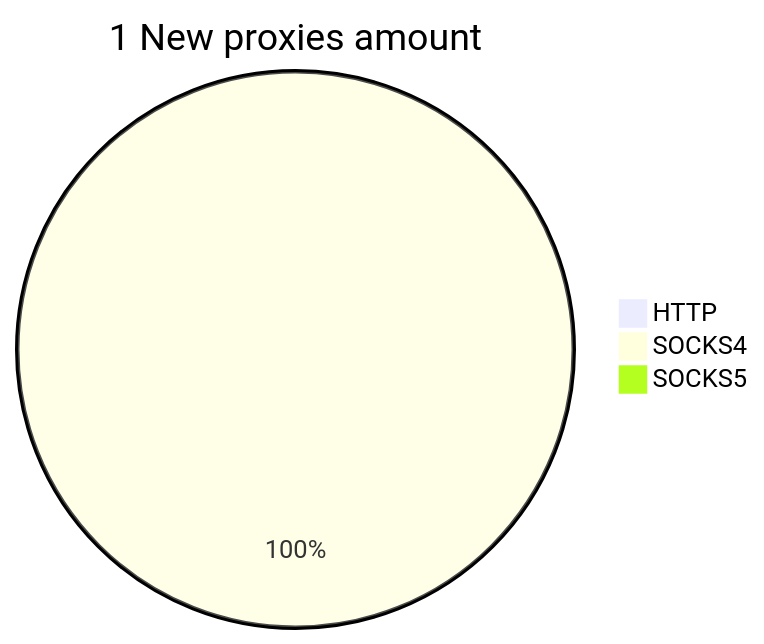
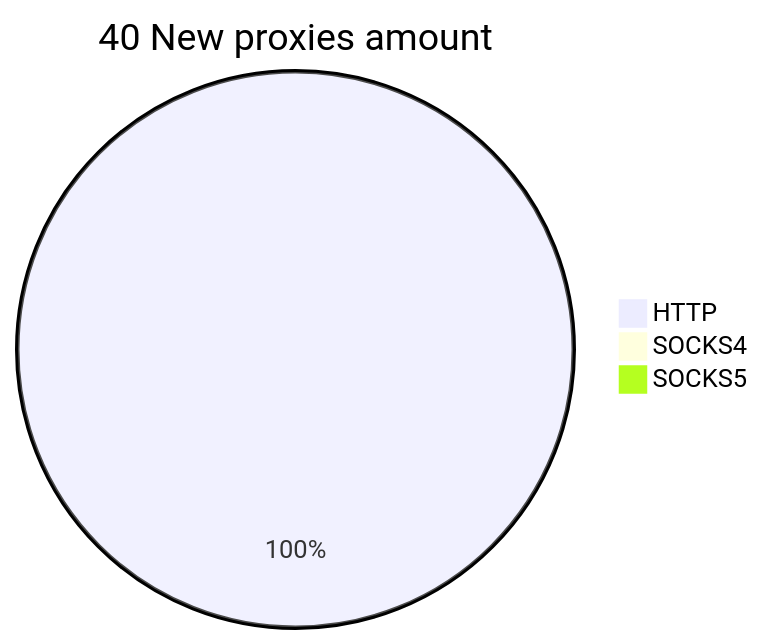
One commit to cutipu/proxylist changed the second of 2 diagrams in README.md. Above: the diagram before and after it, drawn with Mermaid. The commit also changed other lines of this file, not shown here.

````diff
--- a/README.md
+++ b/README.md
@@ -10,6 +10,6 @@
 ```mermaid
-pie title 1 New proxies amount
-    "HTTP" : 0
-    "SOCKS4" : 1
+pie title 40 New proxies amount
+    "HTTP" : 40
+    "SOCKS4" : 0
     "SOCKS5" : 0
 ```
````
